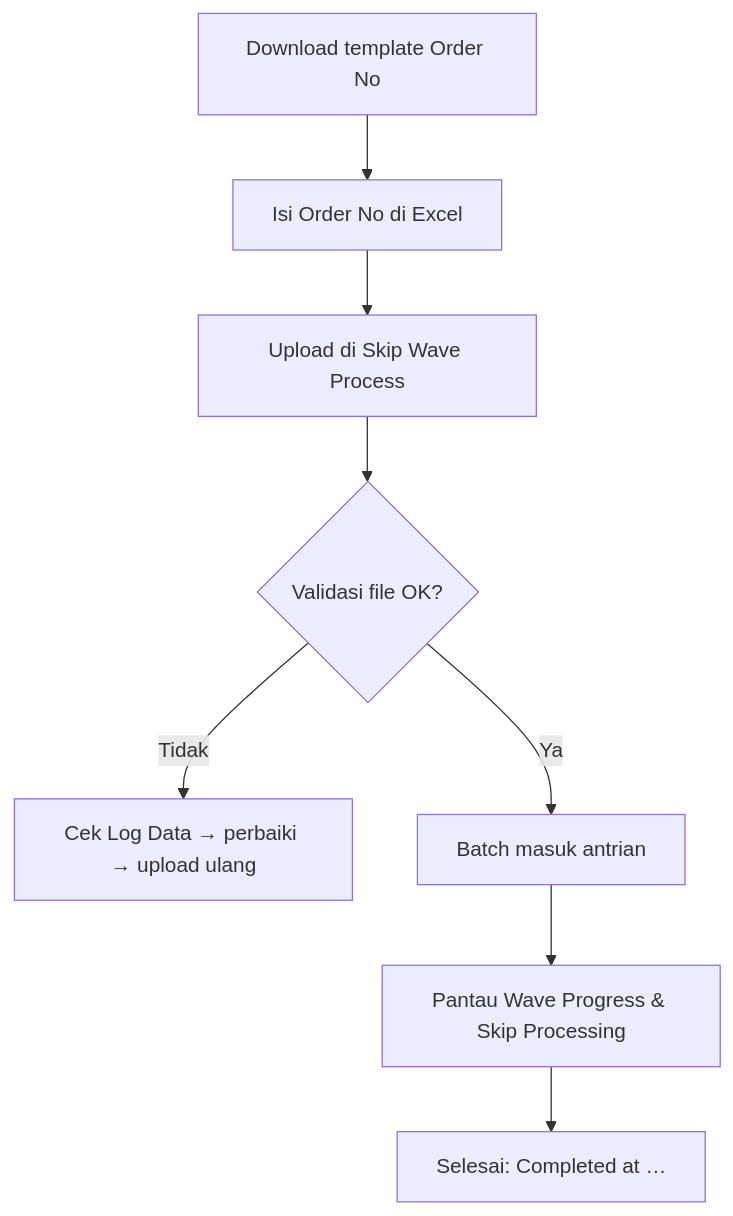
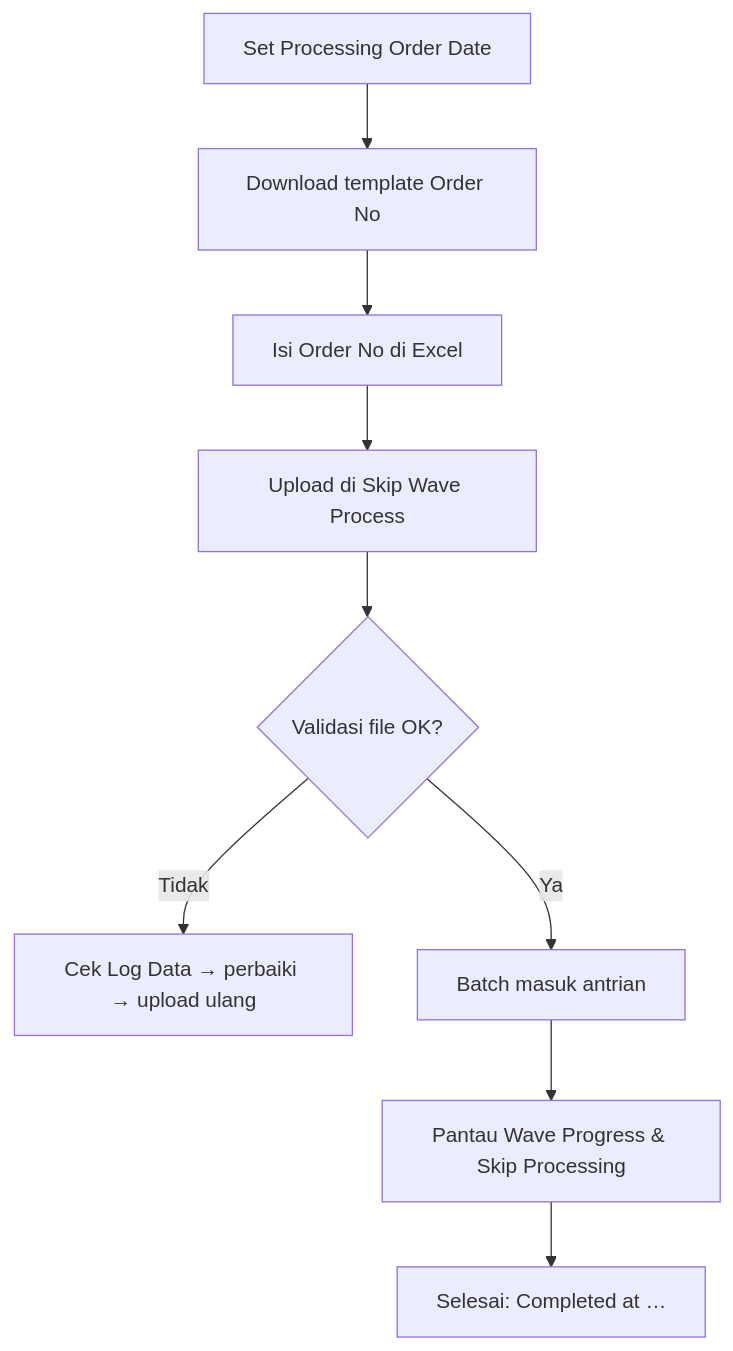
One commit to yendyr/olshoperp-docs changed the diagram in qa-docs/omni-skip-wave-process/knowledge-base.md. Above: the diagram before and after it, drawn with Mermaid. The commit also changed other lines of this file and 117 other files, not shown here.

````diff
--- a/qa-docs/omni-skip-wave-process/knowledge-base.md
+++ b/qa-docs/omni-skip-wave-process/knowledge-base.md
@@ -43,10 +43,11 @@
 ```mermaid
 flowchart TD
-    A["Download template Order No"] --> B["Isi Order No di Excel"]
-    B --> C["Upload di Skip Wave Process"]
-    C --> D{"Validasi file OK?"}
-    D -->|Tidak| E["Cek Log Data → perbaiki → upload ulang"]
-    D -->|Ya| F["Batch masuk antrian"]
-    F --> G["Pantau Wave Progress & Skip Processing"]
-    G --> H["Selesai: Completed at …"]
+    A["Set Processing Order Date"] --> B["Download template Order No"]
+    B --> C["Isi Order No di Excel"]
+    C --> D["Upload di Skip Wave Process"]
+    D --> E{"Validasi file OK?"}
+    E -->|Tidak| F["Cek Log Data → perbaiki → upload ulang"]
+    E -->|Ya| G["Batch masuk antrian"]
+    G --> H["Pantau Wave Progress & Skip Processing"]
+    H --> I["Selesai: Completed at …"]
 ```
````
